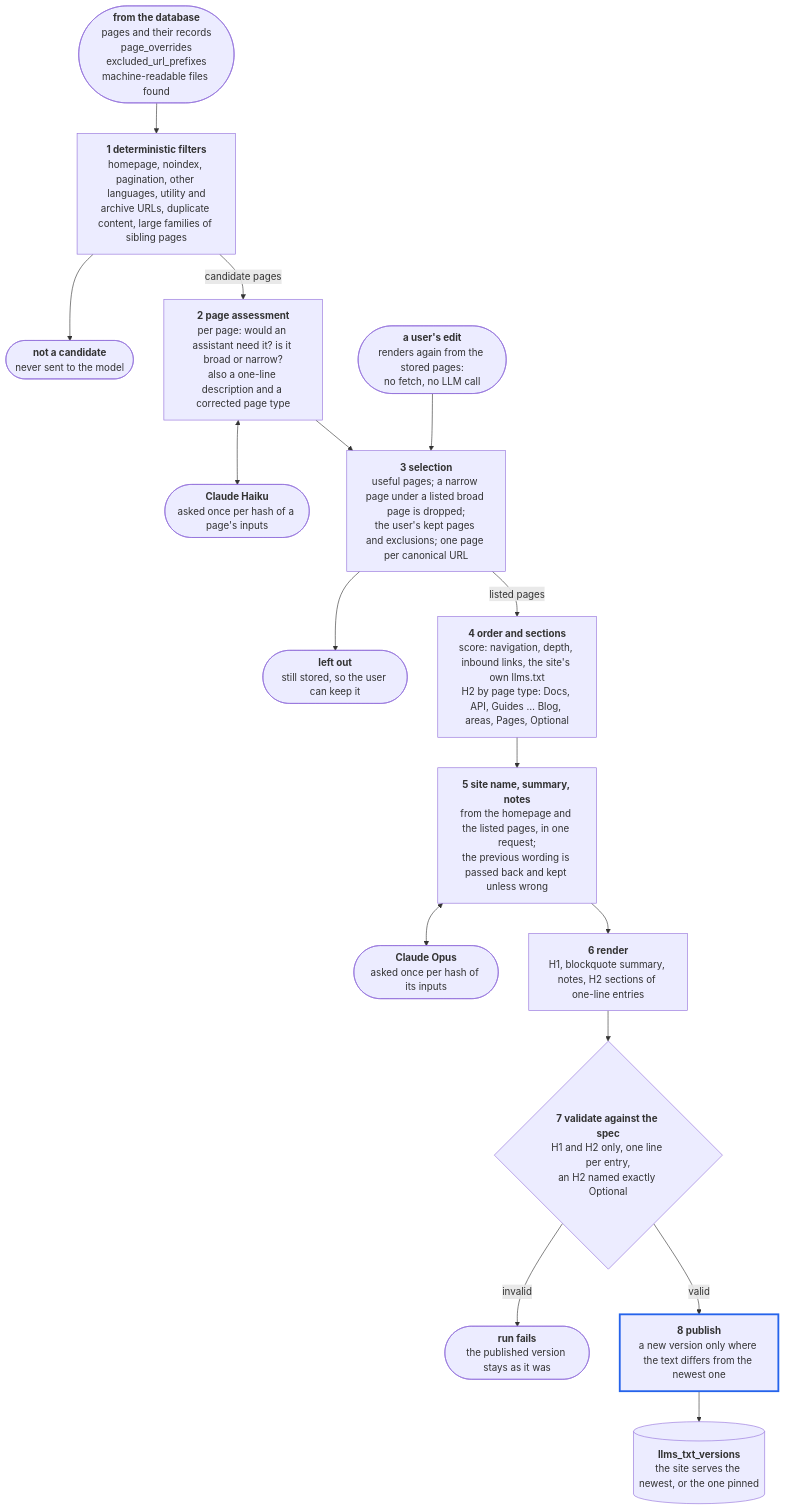
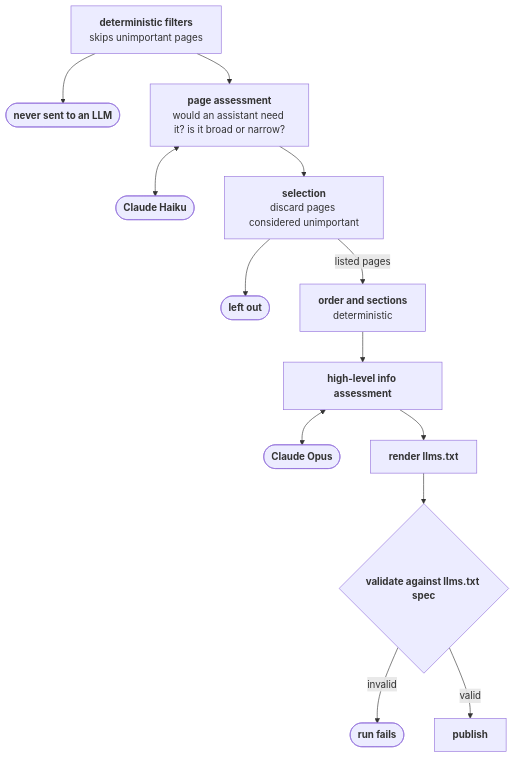
One commit to nevertooserious/llms-txt-ben-lucato changed the fifth of 8 diagrams in docs/design/README.md. Above: the diagram before and after it, drawn with Mermaid. The commit also changed other lines of this file, not shown here.

First line of the commit message:
Simplify the design diagrams

````diff
--- a/docs/design/README.md
+++ b/docs/design/README.md
@@ -131,37 +126,29 @@
 ```mermaid
 flowchart TD
-  inputs(["<b>from the database</b><br/>pages and their records<br/>page_overrides<br/>excluded_url_prefixes<br/>machine-readable files found"])
-  filters["<b>1 deterministic filters</b><br/>homepage, noindex, pagination, other languages, utility and<br/>archive URLs, duplicate content, large families of sibling pages"]
-  notCandidate(["<b>not a candidate</b><br/>never sent to the model"])
-  assessment["<b>2 page assessment</b><br/>per page: would an assistant need it? is it broad or narrow?<br/>also a one-line description and a corrected page type"]
-  haiku(["<b>Claude Haiku</b><br/>asked once per hash of a page's inputs"])
-  selection["<b>3 selection</b><br/>useful pages; a narrow page under a listed broad page is dropped;<br/>the user's kept pages and exclusions; one page per canonical URL"]
-  userEdit(["<b>a user's edit</b><br/>renders again from the stored pages:<br/>no fetch, no LLM call"])
-  leftOut(["<b>left out</b><br/>still stored, so the user can keep it"])
-  sections["<b>4 order and sections</b><br/>score: navigation, depth, inbound links, the site's own llms.txt<br/>H2 by page type: Docs, API, Guides … Blog, areas, Pages, Optional"]
-  summary["<b>5 site name, summary, notes</b><br/>from the homepage and the listed pages, in one request;<br/>the previous wording is passed back and kept unless wrong"]
-  opus(["<b>Claude Opus</b><br/>asked once per hash of its inputs"])
-  render["<b>6 render</b><br/>H1, blockquote summary, notes, H2 sections of one-line entries"]
-  validate{"<b>7 validate against the spec</b><br/>H1 and H2 only, one line per entry,<br/>an H2 named exactly Optional"}
-  fails(["<b>run fails</b><br/>the published version stays as it was"])
-  publish["<b>8 publish</b><br/>a new version only where the text differs from the newest one"]
-  versions[("<b>llms_txt_versions</b><br/>the site serves the newest, or the one pinned")]
+  filters["<b>deterministic filters</b><br/>skips unimportant pages"]
+  notCandidate(["<b>never sent to an LLM</b>"])
+  assessment["<b>page assessment</b><br/>would an assistant need it? is it broad or narrow?"]
+  haiku(["<b>Claude Haiku</b>"])
+  selection["<b>selection</b><br/>discard pages considered unimportant"]
+  leftOut(["<b>left out</b>"])
+  sections["<b>order and sections</b><br/>deterministic"]
+  summary["<b>high-level info assessment</b><br/>"]
+  opus(["<b>Claude Opus</b><br/>"])
+  render["<b>render llms.txt</b>"]
+  validate{"<b>validate against llms.txt spec</b>"}
+  fails(["<b>run fails</b>"])
+  publish["<b>publish</b>"]
 
-  inputs --> filters
   filters --> notCandidate
-  filters -- "candidate pages" --> assessment
+  filters --> assessment
   assessment <--> haiku
   assessment --> selection
-  userEdit --> selection
   selection --> leftOut
   selection -- "listed pages" --> sections
   sections --> summary
   summary <--> opus
   summary --> render
   render --> validate
   validate -- "invalid" --> fails
   validate -- "valid" --> publish
-  publish --> versions
-
-  style publish stroke:#2563eb,stroke-width:3px
 ```
````
